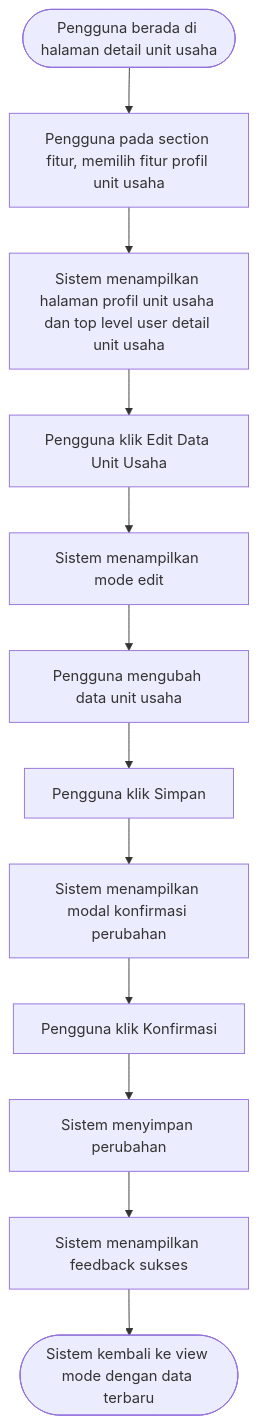
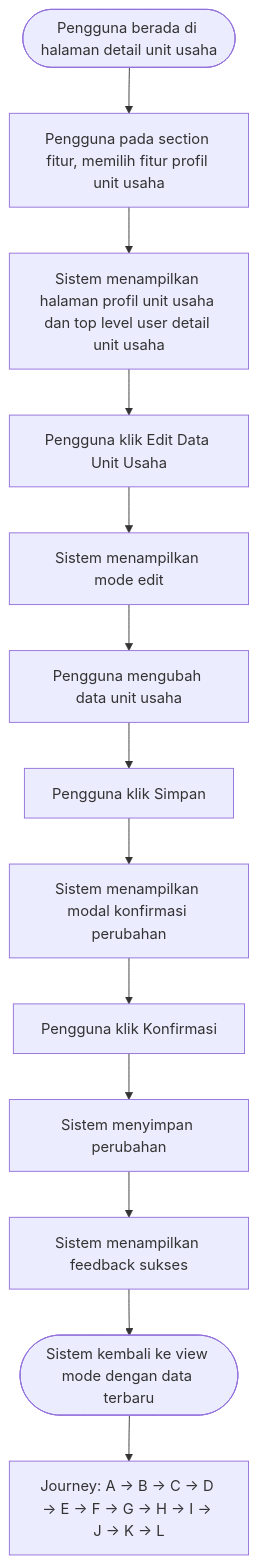
One commit to agestyarizki/groapp-markdown changed diagram 33 of 39 in PRD-D.md. Above: the diagram before and after it, drawn with Mermaid. The commit also changed other lines of this file, not shown here.

````diff
--- a/PRD-D.md
+++ b/PRD-D.md
@@ -3979,16 +4327,19 @@
 ```mermaid
 flowchart TD
     A([Pengguna berada di halaman detail unit usaha])
         --> B[Pengguna pada section fitur, memilih fitur profil unit usaha]
     B --> C[Sistem menampilkan halaman profil unit usaha dan top level user detail unit usaha]
     C --> D[Pengguna klik Edit Data Unit Usaha]
     D --> E[Sistem menampilkan mode edit]
     E --> F[Pengguna mengubah data unit usaha]
     F --> G[Pengguna klik Simpan]
     G --> H[Sistem menampilkan modal konfirmasi perubahan]
     H --> I[Pengguna klik Konfirmasi]
     I --> J[Sistem menyimpan perubahan]
     J --> K[Sistem menampilkan feedback sukses]
     K --> L([Sistem kembali ke view mode dengan data terbaru])
+    %% Journey Flow
+    M["Journey: A → B → C → D → E → F → G → H → I → J → K → L"]
+    L --> M
 
 ```
````
